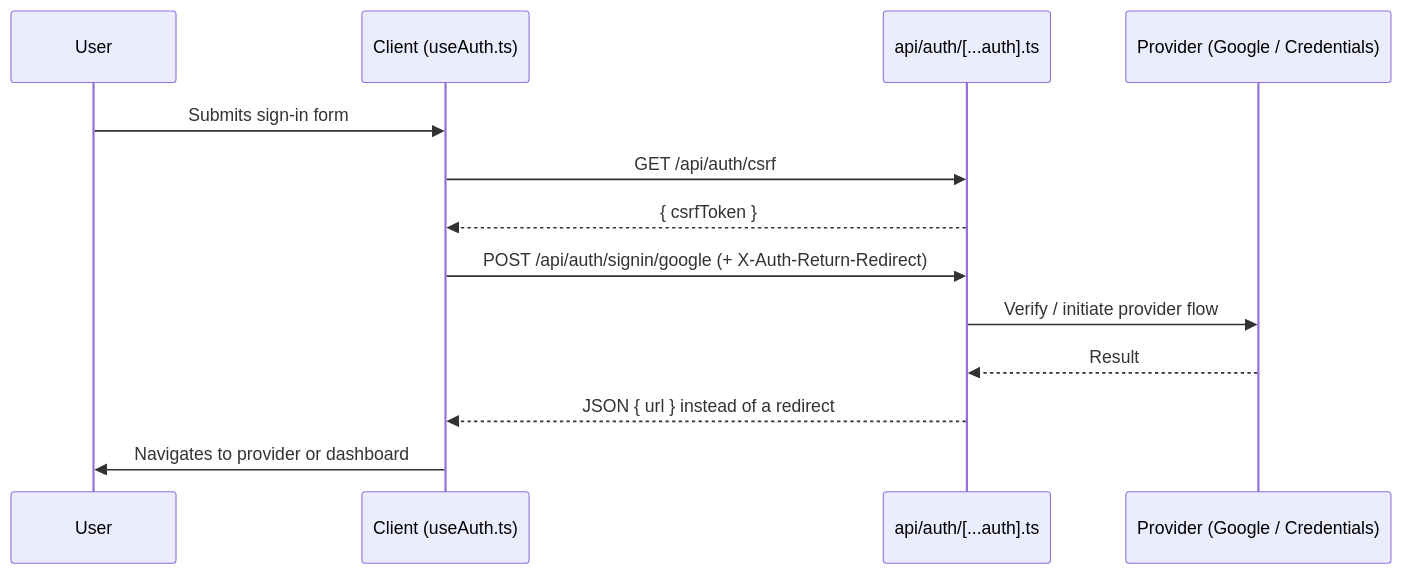
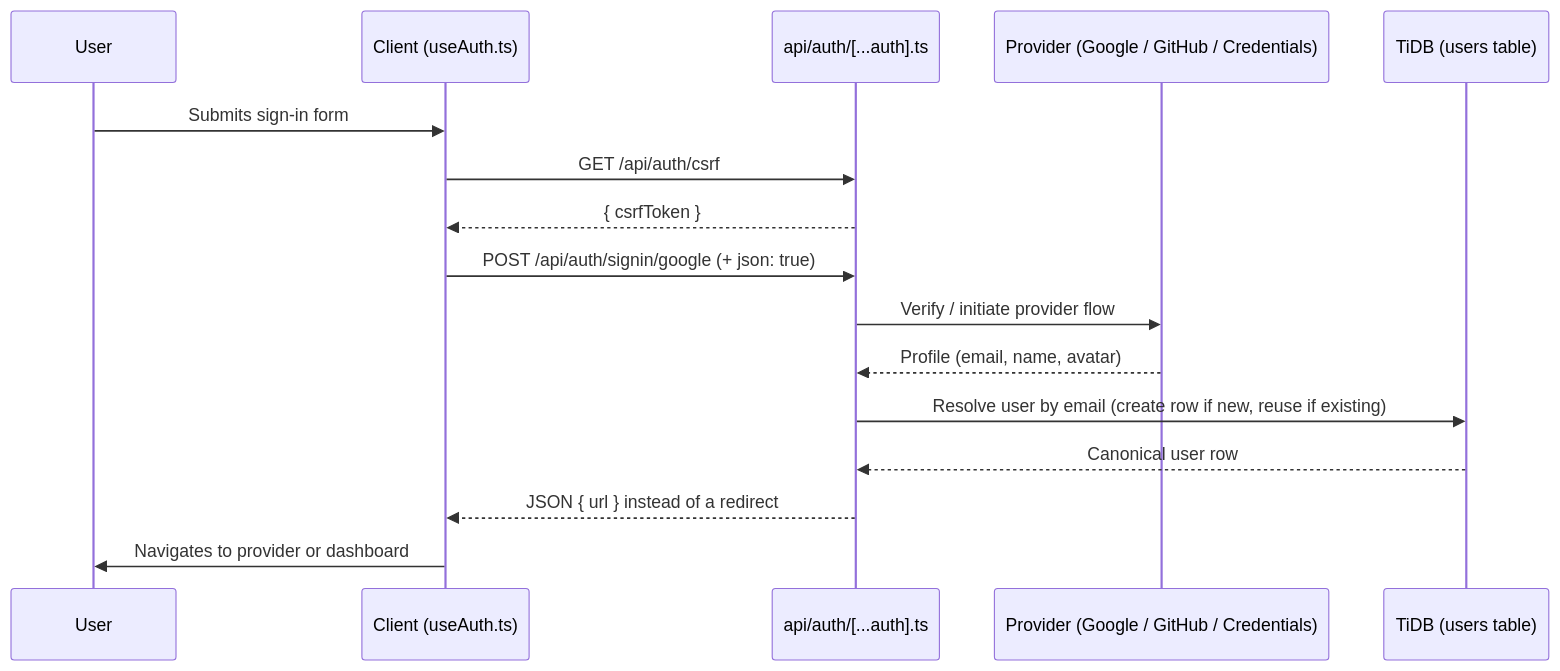
The second of 3 diagrams in README.md (Vann1945/Voltra1), drawn with Mermaid before and after one commit. The commit also changed other lines of this file and 84 other files, not shown here.

````diff
--- a/README.md
+++ b/README.md
@@ -193,16 +264,19 @@
 ```mermaid
 sequenceDiagram
     participant U as User
     participant C as Client (useAuth.ts)
     participant A as api/auth/[...auth].ts
-    participant P as Provider (Google / Credentials)
+    participant P as Provider (Google / GitHub / Credentials)
+    participant D as TiDB (users table)
 
     U->>C: Submits sign-in form
     C->>A: GET /api/auth/csrf
     A-->>C: { csrfToken }
-    C->>A: POST /api/auth/signin/google (+ X-Auth-Return-Redirect)
+    C->>A: POST /api/auth/signin/google (+ json: true)
     A->>P: Verify / initiate provider flow
-    P-->>A: Result
+    P-->>A: Profile (email, name, avatar)
+    A->>D: Resolve user by email (create row if new, reuse if existing)
+    D-->>A: Canonical user row
     A-->>C: JSON { url } instead of a redirect
     C->>U: Navigates to provider or dashboard
 ```
````
